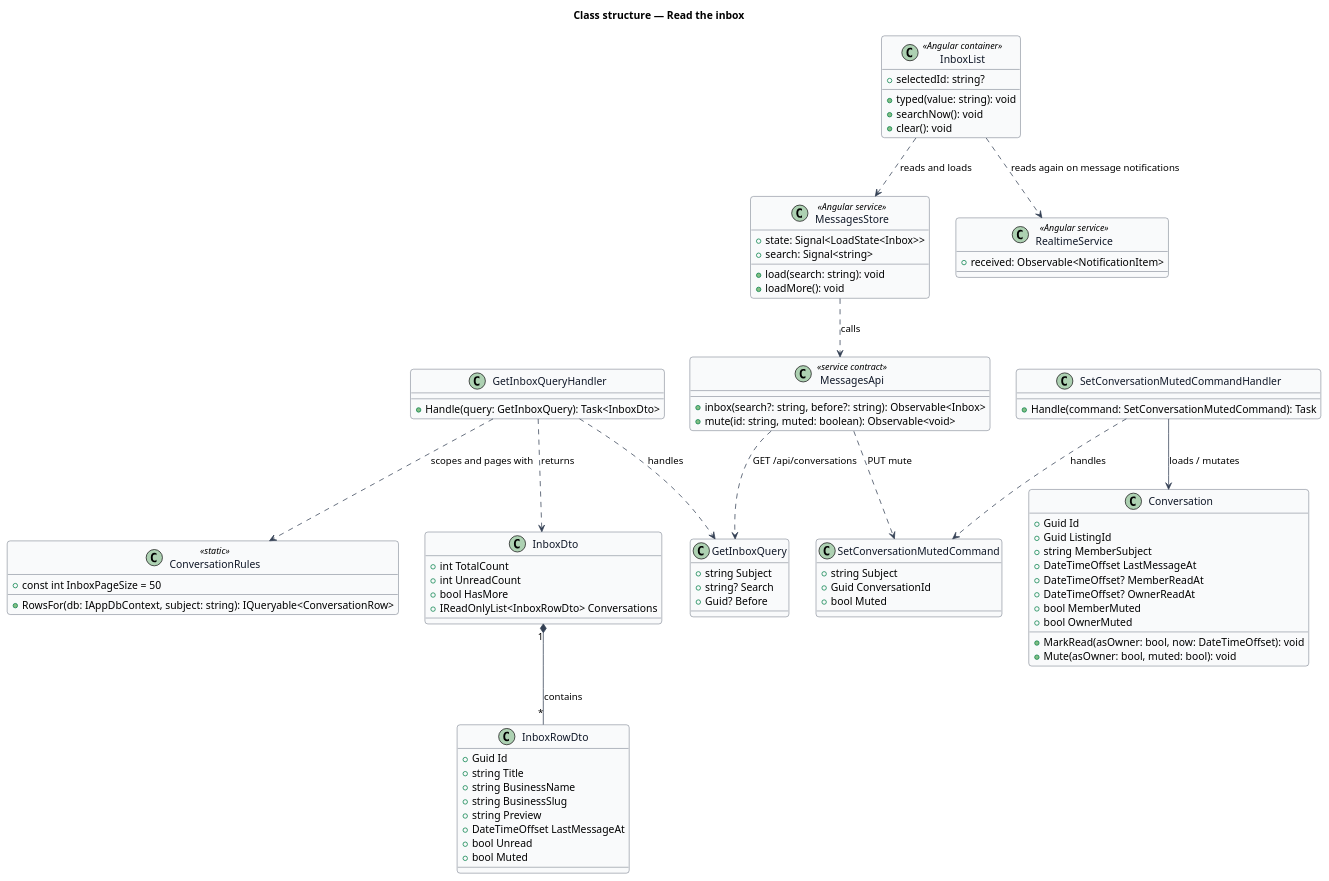
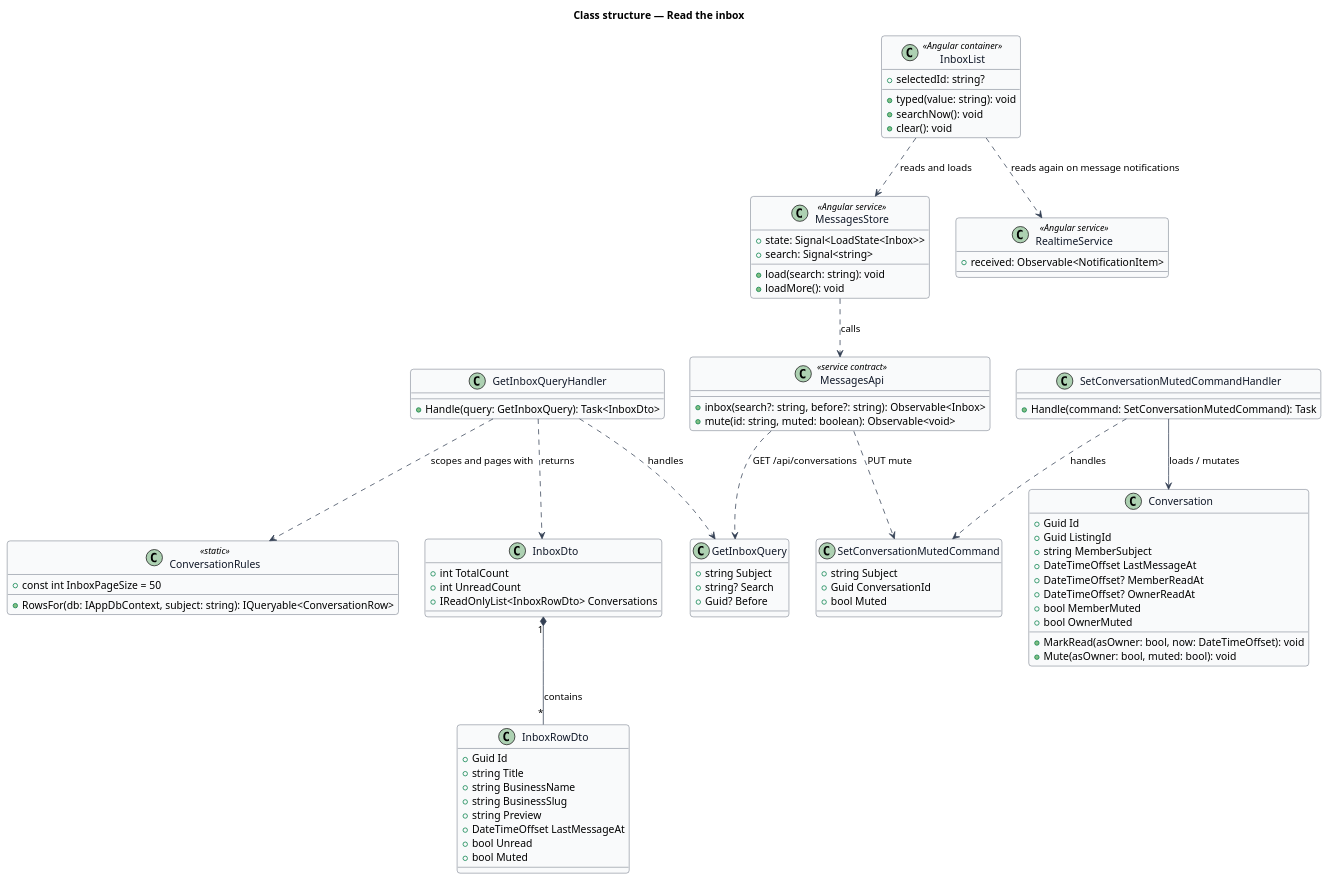
One commit to QuinntyneBrown/jubilee changed the diagram in docs/detailed-designs/messaging/read-inbox/diagrams/class-structure.puml. Above: the diagram before and after it, drawn with PlantUML. The commit also changed 19 other files, not shown here.

```diff
--- a/docs/detailed-designs/messaging/read-inbox/diagrams/class-structure.puml
+++ b/docs/detailed-designs/messaging/read-inbox/diagrams/class-structure.puml
@@ -1,95 +1,94 @@
 @startuml
 ' --- shared skin header ---
 skinparam backgroundColor #FFFFFF
 skinparam shadowing false
 skinparam roundcorner 8
 skinparam defaultFontName Arial
 skinparam ArrowColor #344054
 skinparam class {
   BorderColor #344054
   FontColor #101828
   BackgroundColor #F9FAFB
 }
 ' --------------------------
 title Class structure — Read the inbox
 
 class InboxList <<Angular container>> {
   +selectedId: string?
   +typed(value: string): void
   +searchNow(): void
   +clear(): void
 }
 class MessagesStore <<Angular service>> {
   +state: Signal<LoadState<Inbox>>
   +search: Signal<string>
   +load(search: string): void
   +loadMore(): void
 }
 class RealtimeService <<Angular service>> {
   +received: Observable<NotificationItem>
 }
 class MessagesApi <<service contract>> {
   +inbox(search?: string, before?: string): Observable<Inbox>
   +mute(id: string, muted: boolean): Observable<void>
 }
 class GetInboxQuery {
   +string Subject
   +string? Search
   +Guid? Before
 }
 class GetInboxQueryHandler {
   +Handle(query: GetInboxQuery): Task<InboxDto>
 }
 class ConversationRules <<static>> {
   +const int InboxPageSize = 50
   +RowsFor(db: IAppDbContext, subject: string): IQueryable<ConversationRow>
 }
 class InboxDto {
   +int TotalCount
   +int UnreadCount
-  +bool HasMore
   +IReadOnlyList<InboxRowDto> Conversations
 }
 class InboxRowDto {
   +Guid Id
   +string Title
   +string BusinessName
   +string BusinessSlug
   +string Preview
   +DateTimeOffset LastMessageAt
   +bool Unread
   +bool Muted
 }
 class SetConversationMutedCommand {
   +string Subject
   +Guid ConversationId
   +bool Muted
 }
 class SetConversationMutedCommandHandler {
   +Handle(command: SetConversationMutedCommand): Task
 }
 class Conversation {
   +Guid Id
   +Guid ListingId
   +string MemberSubject
   +DateTimeOffset LastMessageAt
   +DateTimeOffset? MemberReadAt
   +DateTimeOffset? OwnerReadAt
   +bool MemberMuted
   +bool OwnerMuted
   +MarkRead(asOwner: bool, now: DateTimeOffset): void
   +Mute(asOwner: bool, muted: bool): void
 }
 
 InboxList ..> MessagesStore : reads and loads
 InboxList ..> RealtimeService : reads again on message notifications
 MessagesStore ..> MessagesApi : calls
 MessagesApi ..> GetInboxQuery : GET /api/conversations
 MessagesApi ..> SetConversationMutedCommand : PUT mute
 GetInboxQueryHandler ..> GetInboxQuery : handles
 GetInboxQueryHandler ..> ConversationRules : scopes and pages with
 GetInboxQueryHandler ..> InboxDto : returns
 InboxDto "1" *-- "*" InboxRowDto : contains
 SetConversationMutedCommandHandler ..> SetConversationMutedCommand : handles
 SetConversationMutedCommandHandler --> Conversation : loads / mutates
 @enduml
```
